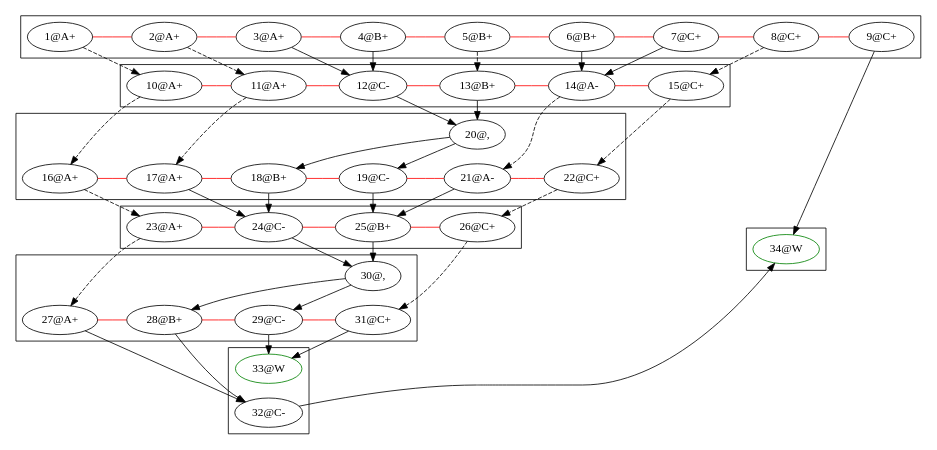
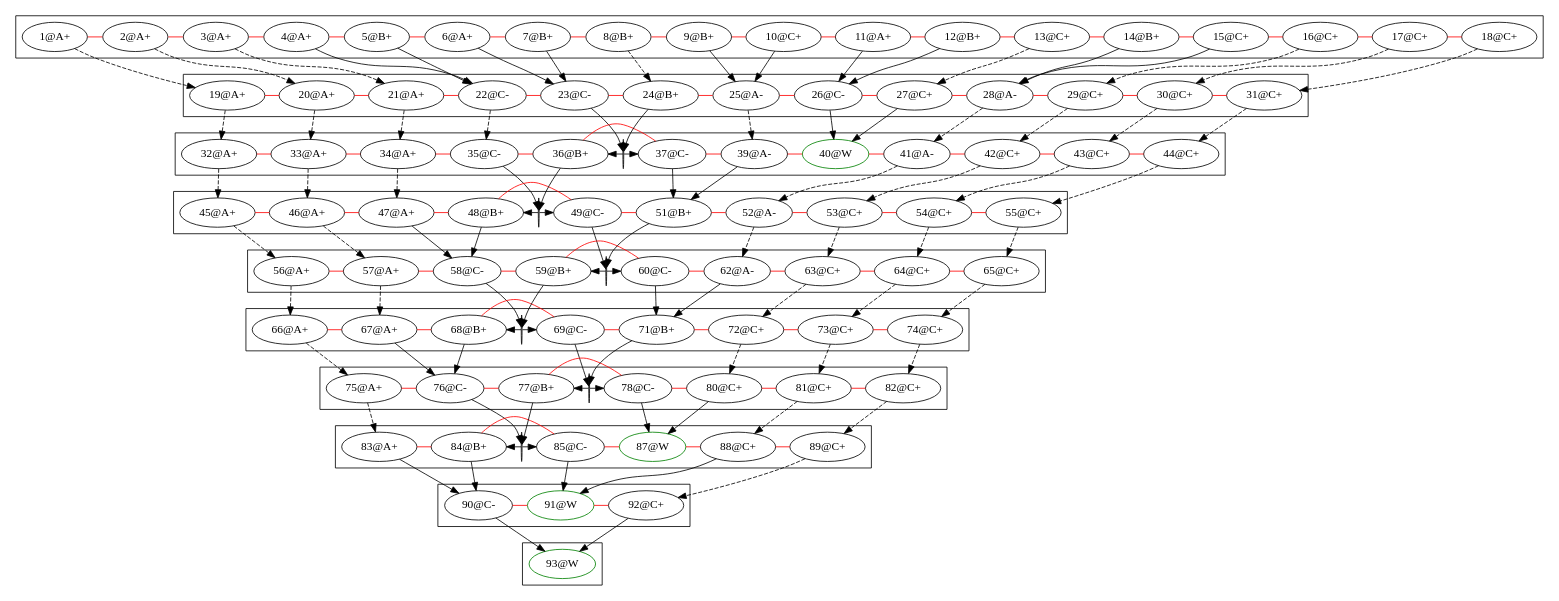
One commit to omelkonian/LoLa changed the diagram in promotion/web.gv. Above: the diagram before and after it, drawn with Graphviz. The commit also changed 2 other files, not shown here.

```diff
--- a/promotion/web.gv
+++ b/promotion/web.gv
@@ -1,116 +1,300 @@
 digraph web {
-	rankdir=LR
+	rankdir=TB
+	newrank=true
+	ranksep=".5 equally"
 	subgraph cluster_0 {
 		rank=same
 		"1@A+"
 		"2@A+"
 		"3@A+"
-		"4@B+"
+		"4@A+"
 		"5@B+"
-		"6@B+"
-		"7@C+"
-		"8@C+"
-		"9@C+"
+		"6@A+"
+		"7@B+"
+		"8@B+"
+		"9@B+"
+		"10@C+"
+		"11@A+"
+		"12@B+"
+		"13@C+"
+		"14@B+"
+		"15@C+"
+		"16@C+"
+		"17@C+"
+		"18@C+"
 		"1@A+" -> "2@A+" [color=red constraint=true dir=none]
 		"2@A+" -> "3@A+" [color=red constraint=true dir=none]
-		"3@A+" -> "4@B+" [color=red constraint=true dir=none]
-		"4@B+" -> "5@B+" [color=red constraint=true dir=none]
-		"5@B+" -> "6@B+" [color=red constraint=true dir=none]
-		"6@B+" -> "7@C+" [color=red constraint=true dir=none]
-		"7@C+" -> "8@C+" [color=red constraint=true dir=none]
-		"8@C+" -> "9@C+" [color=red constraint=true dir=none]
+		"3@A+" -> "4@A+" [color=red constraint=true dir=none]
+		"4@A+" -> "5@B+" [color=red constraint=true dir=none]
+		"5@B+" -> "6@A+" [color=red constraint=true dir=none]
+		"6@A+" -> "7@B+" [color=red constraint=true dir=none]
+		"7@B+" -> "8@B+" [color=red constraint=true dir=none]
+		"8@B+" -> "9@B+" [color=red constraint=true dir=none]
+		"9@B+" -> "10@C+" [color=red constraint=true dir=none]
+		"10@C+" -> "11@A+" [color=red constraint=true dir=none]
+		"11@A+" -> "12@B+" [color=red constraint=true dir=none]
+		"12@B+" -> "13@C+" [color=red constraint=true dir=none]
+		"13@C+" -> "14@B+" [color=red constraint=true dir=none]
+		"14@B+" -> "15@C+" [color=red constraint=true dir=none]
+		"15@C+" -> "16@C+" [color=red constraint=true dir=none]
+		"16@C+" -> "17@C+" [color=red constraint=true dir=none]
+		"17@C+" -> "18@C+" [color=red constraint=true dir=none]
 	}
-	"12@C-"
-	"14@A-"
+	"22@C-"
+	"23@C-"
+	"25@A-"
+	"26@C-"
+	"28@A-"
 	subgraph cluster_1 {
 		rank=same
-		"10@A+"
-		"1@A+" -> "10@A+" [constraint=false style=dashed]
-		"11@A+"
-		"2@A+" -> "11@A+" [constraint=false style=dashed]
-		"3@A+" -> "12@C-" [constraint=true]
-		"12@C-" -> "4@B+" [constraint=true dir=back]
-		"13@B+"
-		"5@B+" -> "13@B+" [constraint=false style=dashed]
-		"6@B+" -> "14@A-" [constraint=true]
-		"14@A-" -> "7@C+" [constraint=true dir=back]
-		"15@C+"
-		"8@C+" -> "15@C+" [constraint=false style=dashed]
-		"10@A+" -> "11@A+" [color=red constraint=true dir=none]
-		"11@A+" -> "12@C-" [color=red constraint=true dir=none]
-		"12@C-" -> "13@B+" [color=red constraint=true dir=none]
-		"13@B+" -> "14@A-" [color=red constraint=true dir=none]
-		"14@A-" -> "15@C+" [color=red constraint=true dir=none]
+		"19@A+"
+		"1@A+" -> "19@A+" [constraint=false style=dashed]
+		"20@A+"
+		"2@A+" -> "20@A+" [constraint=false style=dashed]
+		"21@A+"
+		"3@A+" -> "21@A+" [constraint=false style=dashed]
+		"4@A+" -> "22@C-" [constraint=true]
+		"22@C-" -> "5@B+" [constraint=true dir=back]
+		"6@A+" -> "23@C-" [constraint=true]
+		"23@C-" -> "7@B+" [constraint=true dir=back]
+		"24@B+"
+		"8@B+" -> "24@B+" [constraint=false style=dashed]
+		"9@B+" -> "25@A-" [constraint=true]
+		"25@A-" -> "10@C+" [constraint=true dir=back]
+		"11@A+" -> "26@C-" [constraint=true]
+		"26@C-" -> "12@B+" [constraint=true dir=back]
+		"27@C+"
+		"13@C+" -> "27@C+" [constraint=false style=dashed]
+		"14@B+" -> "28@A-" [constraint=true]
+		"28@A-" -> "15@C+" [constraint=true dir=back]
+		"29@C+"
+		"16@C+" -> "29@C+" [constraint=false style=dashed]
+		"30@C+"
+		"17@C+" -> "30@C+" [constraint=false style=dashed]
+		"31@C+"
+		"18@C+" -> "31@C+" [constraint=false style=dashed]
+		"19@A+" -> "20@A+" [color=red constraint=true dir=none]
+		"20@A+" -> "21@A+" [color=red constraint=true dir=none]
+		"21@A+" -> "22@C-" [color=red constraint=true dir=none]
+		"22@C-" -> "23@C-" [color=red constraint=true dir=none]
+		"23@C-" -> "24@B+" [color=red constraint=true dir=none]
+		"24@B+" -> "25@A-" [color=red constraint=true dir=none]
+		"25@A-" -> "26@C-" [color=red constraint=true dir=none]
+		"26@C-" -> "27@C+" [color=red constraint=true dir=none]
+		"27@C+" -> "28@A-" [color=red constraint=true dir=none]
+		"28@A-" -> "29@C+" [color=red constraint=true dir=none]
+		"29@C+" -> "30@C+" [color=red constraint=true dir=none]
+		"30@C+" -> "31@C+" [color=red constraint=true dir=none]
 	}
-	"18@B+"
-	"19@C-"
+	"36@B+"
+	"37@C-"
 	subgraph cluster_2 {
 		rank=same
-		"16@A+"
-		"10@A+" -> "16@A+" [constraint=false style=dashed]
-		"17@A+"
-		"11@A+" -> "17@A+" [constraint=false style=dashed]
-		"20@,"
-		"12@C-" -> "20@," [constraint=true]
-		"20@," -> "13@B+" [constraint=true dir=back]
-		"20@," -> "18@B+" [constraint=true]
-		"19@C-" -> "20@," [constraint=true dir=back]
-		"21@A-"
-		"14@A-" -> "21@A-" [constraint=false style=dashed]
-		"22@C+"
-		"15@C+" -> "22@C+" [constraint=false style=dashed]
-		"16@A+" -> "17@A+" [color=red constraint=true dir=none]
-		"17@A+" -> "18@B+" [color=red constraint=true dir=none]
-		"18@B+" -> "19@C-" [color=red constraint=true dir=none]
-		"19@C-" -> "21@A-" [color=red constraint=true dir=none]
-		"21@A-" -> "22@C+" [color=red constraint=true dir=none]
+		"32@A+"
+		"19@A+" -> "32@A+" [constraint=false style=dashed]
+		"33@A+"
+		"20@A+" -> "33@A+" [constraint=false style=dashed]
+		"34@A+"
+		"21@A+" -> "34@A+" [constraint=false style=dashed]
+		"35@C-"
+		"22@C-" -> "35@C-" [constraint=false style=dashed]
+		"38@," [label="" fixedsize=true width=0]
+		"23@C-" -> "38@," [constraint=true]
+		"38@," -> "24@B+" [constraint=true dir=back]
+		"38@," -> "37@C-" [constraint=true]
+		"36@B+" -> "38@," [constraint=true dir=back]
+		"39@A-"
+		"25@A-" -> "39@A-" [constraint=false style=dashed]
+		"40@W" [color=green]
+		"26@C-" -> "40@W" [constraint=true]
+		"40@W" -> "27@C+" [constraint=true dir=back]
+		"41@A-"
+		"28@A-" -> "41@A-" [constraint=false style=dashed]
+		"42@C+"
+		"29@C+" -> "42@C+" [constraint=false style=dashed]
+		"43@C+"
+		"30@C+" -> "43@C+" [constraint=false style=dashed]
+		"44@C+"
+		"31@C+" -> "44@C+" [constraint=false style=dashed]
+		"32@A+" -> "33@A+" [color=red constraint=true dir=none]
+		"33@A+" -> "34@A+" [color=red constraint=true dir=none]
+		"34@A+" -> "35@C-" [color=red constraint=true dir=none]
+		"35@C-" -> "36@B+" [color=red constraint=true dir=none]
+		"36@B+" -> "37@C-" [color=red constraint=true dir=none]
+		"37@C-" -> "39@A-" [color=red constraint=true dir=none]
+		"39@A-" -> "40@W" [color=red constraint=true dir=none]
+		"40@W" -> "41@A-" [color=red constraint=true dir=none]
+		"41@A-" -> "42@C+" [color=red constraint=true dir=none]
+		"42@C+" -> "43@C+" [color=red constraint=true dir=none]
+		"43@C+" -> "44@C+" [color=red constraint=true dir=none]
 	}
-	"24@C-"
-	"25@B+"
+	"48@B+"
+	"49@C-"
+	"51@B+"
 	subgraph cluster_3 {
 		rank=same
-		"23@A+"
-		"16@A+" -> "23@A+" [constraint=false style=dashed]
-		"17@A+" -> "24@C-" [constraint=true]
-		"24@C-" -> "18@B+" [constraint=true dir=back]
-		"19@C-" -> "25@B+" [constraint=true]
-		"25@B+" -> "21@A-" [constraint=true dir=back]
-		"26@C+"
-		"22@C+" -> "26@C+" [constraint=false style=dashed]
-		"23@A+" -> "24@C-" [color=red constraint=true dir=none]
-		"24@C-" -> "25@B+" [color=red constraint=true dir=none]
-		"25@B+" -> "26@C+" [color=red constraint=true dir=none]
+		"45@A+"
+		"32@A+" -> "45@A+" [constraint=false style=dashed]
+		"46@A+"
+		"33@A+" -> "46@A+" [constraint=false style=dashed]
+		"47@A+"
+		"34@A+" -> "47@A+" [constraint=false style=dashed]
+		"50@," [label="" fixedsize=true width=0]
+		"35@C-" -> "50@," [constraint=true]
+		"50@," -> "36@B+" [constraint=true dir=back]
+		"50@," -> "49@C-" [constraint=true]
+		"48@B+" -> "50@," [constraint=true dir=back]
+		"37@C-" -> "51@B+" [constraint=true]
+		"51@B+" -> "39@A-" [constraint=true dir=back]
+		"52@A-"
+		"41@A-" -> "52@A-" [constraint=false style=dashed]
+		"53@C+"
+		"42@C+" -> "53@C+" [constraint=false style=dashed]
+		"54@C+"
+		"43@C+" -> "54@C+" [constraint=false style=dashed]
+		"55@C+"
+		"44@C+" -> "55@C+" [constraint=false style=dashed]
+		"45@A+" -> "46@A+" [color=red constraint=true dir=none]
+		"46@A+" -> "47@A+" [color=red constraint=true dir=none]
+		"47@A+" -> "48@B+" [color=red constraint=true dir=none]
+		"48@B+" -> "49@C-" [color=red constraint=true dir=none]
+		"49@C-" -> "51@B+" [color=red constraint=true dir=none]
+		"51@B+" -> "52@A-" [color=red constraint=true dir=none]
+		"52@A-" -> "53@C+" [color=red constraint=true dir=none]
+		"53@C+" -> "54@C+" [color=red constraint=true dir=none]
+		"54@C+" -> "55@C+" [color=red constraint=true dir=none]
 	}
-	"28@B+"
-	"29@C-"
+	"58@C-"
+	"59@B+"
+	"60@C-"
 	subgraph cluster_4 {
 		rank=same
-		"27@A+"
-		"23@A+" -> "27@A+" [constraint=false style=dashed]
-		"30@,"
-		"24@C-" -> "30@," [constraint=true]
-		"30@," -> "25@B+" [constraint=true dir=back]
-		"30@," -> "28@B+" [constraint=true]
-		"29@C-" -> "30@," [constraint=true dir=back]
-		"31@C+"
-		"26@C+" -> "31@C+" [constraint=false style=dashed]
-		"27@A+" -> "28@B+" [color=red constraint=true dir=none]
-		"28@B+" -> "29@C-" [color=red constraint=true dir=none]
-		"29@C-" -> "31@C+" [color=red constraint=true dir=none]
+		"56@A+"
+		"45@A+" -> "56@A+" [constraint=false style=dashed]
+		"57@A+"
+		"46@A+" -> "57@A+" [constraint=false style=dashed]
+		"47@A+" -> "58@C-" [constraint=true]
+		"58@C-" -> "48@B+" [constraint=true dir=back]
+		"61@," [label="" fixedsize=true width=0]
+		"49@C-" -> "61@," [constraint=true]
+		"61@," -> "51@B+" [constraint=true dir=back]
+		"61@," -> "60@C-" [constraint=true]
+		"59@B+" -> "61@," [constraint=true dir=back]
+		"62@A-"
+		"52@A-" -> "62@A-" [constraint=false style=dashed]
+		"63@C+"
+		"53@C+" -> "63@C+" [constraint=false style=dashed]
+		"64@C+"
+		"54@C+" -> "64@C+" [constraint=false style=dashed]
+		"65@C+"
+		"55@C+" -> "65@C+" [constraint=false style=dashed]
+		"56@A+" -> "57@A+" [color=red constraint=true dir=none]
+		"57@A+" -> "58@C-" [color=red constraint=true dir=none]
+		"58@C-" -> "59@B+" [color=red constraint=true dir=none]
+		"59@B+" -> "60@C-" [color=red constraint=true dir=none]
+		"60@C-" -> "62@A-" [color=red constraint=true dir=none]
+		"62@A-" -> "63@C+" [color=red constraint=true dir=none]
+		"63@C+" -> "64@C+" [color=red constraint=true dir=none]
+		"64@C+" -> "65@C+" [color=red constraint=true dir=none]
 	}
-	"32@C-"
+	"68@B+"
+	"69@C-"
+	"71@B+"
 	subgraph cluster_5 {
 		rank=same
-		"27@A+" -> "32@C-" [constraint=true]
-		"32@C-" -> "28@B+" [constraint=true dir=back]
-		"33@W" [color=green]
-		"29@C-" -> "33@W" [constraint=true]
-		"33@W" -> "31@C+" [constraint=true dir=back]
+		"66@A+"
+		"56@A+" -> "66@A+" [constraint=false style=dashed]
+		"67@A+"
+		"57@A+" -> "67@A+" [constraint=false style=dashed]
+		"70@," [label="" fixedsize=true width=0]
+		"58@C-" -> "70@," [constraint=true]
+		"70@," -> "59@B+" [constraint=true dir=back]
+		"70@," -> "69@C-" [constraint=true]
+		"68@B+" -> "70@," [constraint=true dir=back]
+		"60@C-" -> "71@B+" [constraint=true]
+		"71@B+" -> "62@A-" [constraint=true dir=back]
+		"72@C+"
+		"63@C+" -> "72@C+" [constraint=false style=dashed]
+		"73@C+"
+		"64@C+" -> "73@C+" [constraint=false style=dashed]
+		"74@C+"
+		"65@C+" -> "74@C+" [constraint=false style=dashed]
+		"66@A+" -> "67@A+" [color=red constraint=true dir=none]
+		"67@A+" -> "68@B+" [color=red constraint=true dir=none]
+		"68@B+" -> "69@C-" [color=red constraint=true dir=none]
+		"69@C-" -> "71@B+" [color=red constraint=true dir=none]
+		"71@B+" -> "72@C+" [color=red constraint=true dir=none]
+		"72@C+" -> "73@C+" [color=red constraint=true dir=none]
+		"73@C+" -> "74@C+" [color=red constraint=true dir=none]
 	}
+	"76@C-"
+	"77@B+"
+	"78@C-"
 	subgraph cluster_6 {
 		rank=same
-		"34@W" [color=green]
-		"32@C-" -> "34@W" [constraint=true]
-		"34@W" -> "9@C+" [constraint=true dir=back]
+		"75@A+"
+		"66@A+" -> "75@A+" [constraint=false style=dashed]
+		"67@A+" -> "76@C-" [constraint=true]
+		"76@C-" -> "68@B+" [constraint=true dir=back]
+		"79@," [label="" fixedsize=true width=0]
+		"69@C-" -> "79@," [constraint=true]
+		"79@," -> "71@B+" [constraint=true dir=back]
+		"79@," -> "78@C-" [constraint=true]
+		"77@B+" -> "79@," [constraint=true dir=back]
+		"80@C+"
+		"72@C+" -> "80@C+" [constraint=false style=dashed]
+		"81@C+"
+		"73@C+" -> "81@C+" [constraint=false style=dashed]
+		"82@C+"
+		"74@C+" -> "82@C+" [constraint=false style=dashed]
+		"75@A+" -> "76@C-" [color=red constraint=true dir=none]
+		"76@C-" -> "77@B+" [color=red constraint=true dir=none]
+		"77@B+" -> "78@C-" [color=red constraint=true dir=none]
+		"78@C-" -> "80@C+" [color=red constraint=true dir=none]
+		"80@C+" -> "81@C+" [color=red constraint=true dir=none]
+		"81@C+" -> "82@C+" [color=red constraint=true dir=none]
+	}
+	"84@B+"
+	"85@C-"
+	subgraph cluster_7 {
+		rank=same
+		"83@A+"
+		"75@A+" -> "83@A+" [constraint=false style=dashed]
+		"86@," [label="" fixedsize=true width=0]
+		"76@C-" -> "86@," [constraint=true]
+		"86@," -> "77@B+" [constraint=true dir=back]
+		"86@," -> "85@C-" [constraint=true]
+		"84@B+" -> "86@," [constraint=true dir=back]
+		"87@W" [color=green]
+		"78@C-" -> "87@W" [constraint=true]
+		"87@W" -> "80@C+" [constraint=true dir=back]
+		"88@C+"
+		"81@C+" -> "88@C+" [constraint=false style=dashed]
+		"89@C+"
+		"82@C+" -> "89@C+" [constraint=false style=dashed]
+		"83@A+" -> "84@B+" [color=red constraint=true dir=none]
+		"84@B+" -> "85@C-" [color=red constraint=true dir=none]
+		"85@C-" -> "87@W" [color=red constraint=true dir=none]
+		"87@W" -> "88@C+" [color=red constraint=true dir=none]
+		"88@C+" -> "89@C+" [color=red constraint=true dir=none]
+	}
+	"90@C-"
+	subgraph cluster_8 {
+		rank=same
+		"83@A+" -> "90@C-" [constraint=true]
+		"90@C-" -> "84@B+" [constraint=true dir=back]
+		"91@W" [color=green]
+		"85@C-" -> "91@W" [constraint=true]
+		"91@W" -> "88@C+" [constraint=true dir=back]
+		"92@C+"
+		"89@C+" -> "92@C+" [constraint=false style=dashed]
+		"90@C-" -> "91@W" [color=red constraint=true dir=none]
+		"91@W" -> "92@C+" [color=red constraint=true dir=none]
+	}
+	subgraph cluster_9 {
+		rank=same
+		"93@W" [color=green]
+		"90@C-" -> "93@W" [constraint=true]
+		"93@W" -> "92@C+" [constraint=true dir=back]
 	}
 }
```
